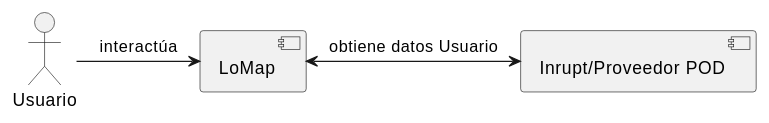
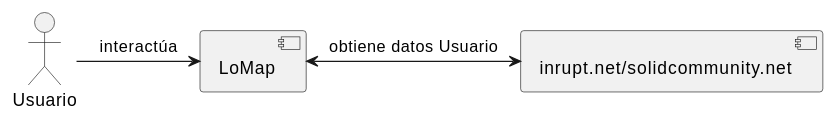
Before and after one commit to Arquisoft/lomap_es5a: the first of 2 diagrams in docs/05_building_block_view.adoc, drawn with PlantUML. The commit also changed other lines of this file, not shown here.

```diff
--- a/docs/05_building_block_view.adoc
+++ b/docs/05_building_block_view.adoc
@@ -8,10 +8,10 @@
 [plantuml, "whitebox-overall-system", png]
 ----
 actor Usuario
 Component LoMap
-Component pod as "Inrupt/Proveedor POD"
+Component pod as "inrupt.net/solidcommunity.net"
 
 Usuario -right-> LoMap: interactúa
 
 LoMap <-right-> pod: obtiene datos Usuario
 ----
```
